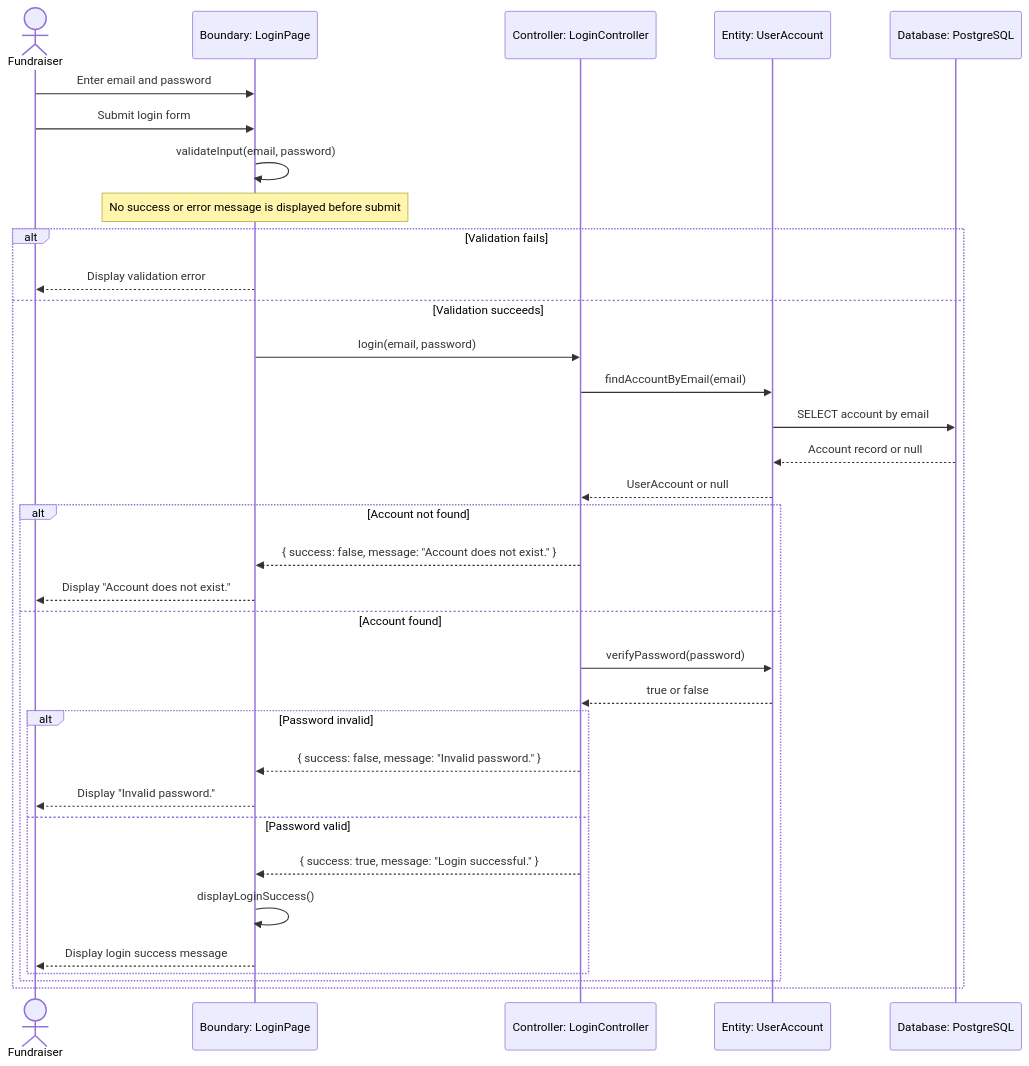
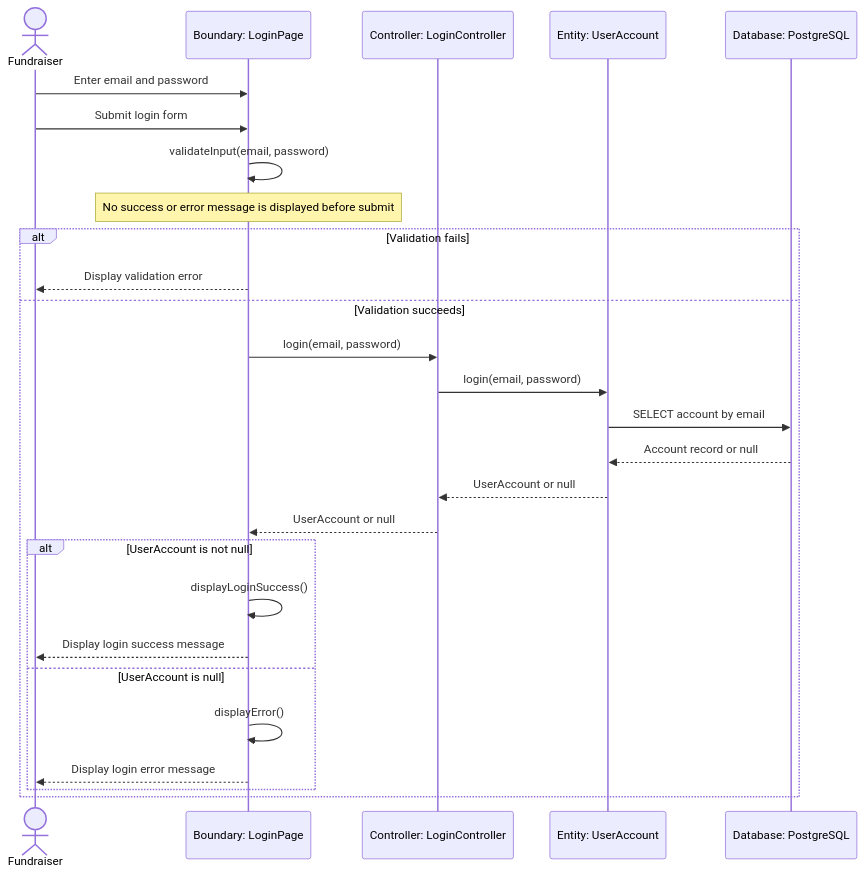
The diagram in docs/login/sequence-diagram.md (JSL124/SDM-project), drawn with Mermaid before and after one commit. The commit also changed 86 other files, not shown here.

Commit message:
Simplified Version (Creating Profile/Account, Login/Logout)

````diff
--- a/docs/login/sequence-diagram.md
+++ b/docs/login/sequence-diagram.md
@@ -3,40 +3,32 @@
 ```mermaid
 sequenceDiagram
     actor Fundraiser
     participant LoginPage as Boundary: LoginPage
     participant LoginController as Controller: LoginController
     participant UserAccount as Entity: UserAccount
     participant PostgreSQL as Database: PostgreSQL
 
     Fundraiser->>LoginPage: Enter email and password
     Fundraiser->>LoginPage: Submit login form
     LoginPage->>LoginPage: validateInput(email, password)
     Note over LoginPage: No success or error message is displayed before submit
 
     alt Validation fails
         LoginPage-->>Fundraiser: Display validation error
     else Validation succeeds
         LoginPage->>LoginController: login(email, password)
-        LoginController->>UserAccount: findAccountByEmail(email)
+        LoginController->>UserAccount: login(email, password)
         UserAccount->>PostgreSQL: SELECT account by email
         PostgreSQL-->>UserAccount: Account record or null
         UserAccount-->>LoginController: UserAccount or null
+        LoginController-->>LoginPage: UserAccount or null
 
-        alt Account not found
-            LoginController-->>LoginPage: { success: false, message: "Account does not exist." }
-            LoginPage-->>Fundraiser: Display "Account does not exist."
-        else Account found
-            LoginController->>UserAccount: verifyPassword(password)
-            UserAccount-->>LoginController: true or false
-
-            alt Password invalid
-                LoginController-->>LoginPage: { success: false, message: "Invalid password." }
-                LoginPage-->>Fundraiser: Display "Invalid password."
-            else Password valid
-                LoginController-->>LoginPage: { success: true, message: "Login successful." }
-                LoginPage->>LoginPage: displayLoginSuccess()
-                LoginPage-->>Fundraiser: Display login success message
-            end
+        alt UserAccount is not null
+            LoginPage->>LoginPage: displayLoginSuccess()
+            LoginPage-->>Fundraiser: Display login success message
+        else UserAccount is null
+            LoginPage->>LoginPage: displayError()
+            LoginPage-->>Fundraiser: Display login error message
         end
     end
 ```
````
